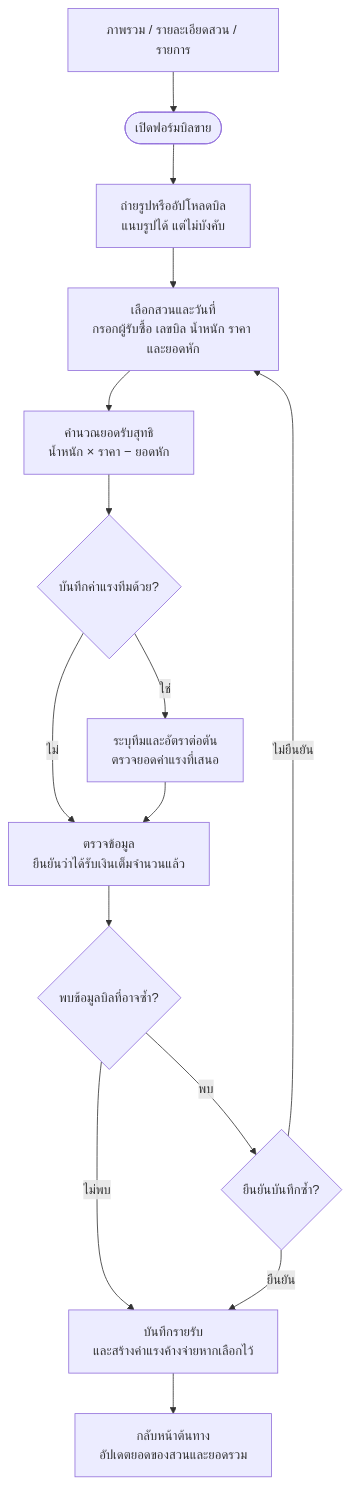
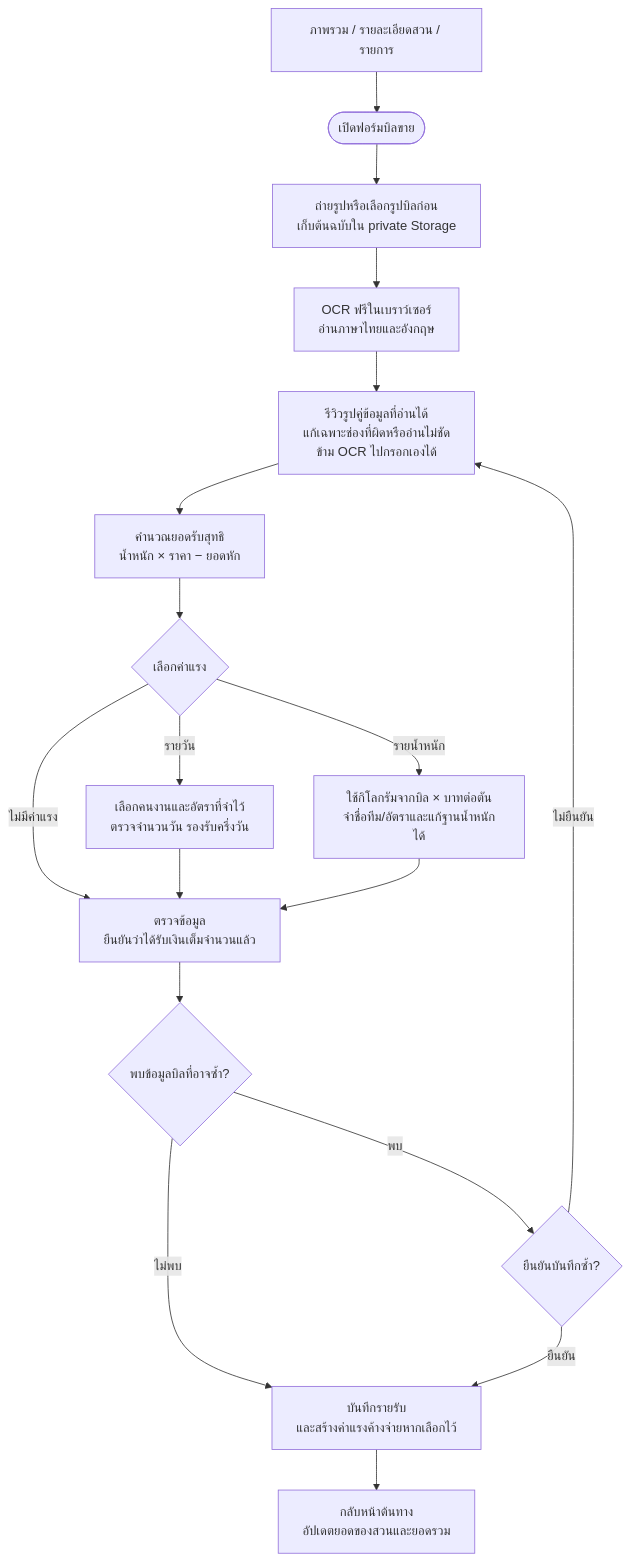
One commit to SitthiwatR/palm-ledger changed the fourth of 12 diagrams in user-flow.md. Above: the diagram before and after it, drawn with Mermaid. The commit also changed other lines of this file and 25 other files, not shown here.

Commit message:
feat: start sales with receipt OCR and calculate labor

````diff
--- a/user-flow.md
+++ b/user-flow.md
@@ -79,17 +79,20 @@
 ```mermaid
 flowchart TD
     Origin["ภาพรวม / รายละเอียดสวน / รายการ"] --> Sale(["เปิดฟอร์มบิลขาย"])
-    Sale --> Photo["ถ่ายรูปหรืออัปโหลดบิล<br/>แนบรูปได้ แต่ไม่บังคับ"]
-    Photo --> Fill["เลือกสวนและวันที่<br/>กรอกผู้รับซื้อ เลขบิล น้ำหนัก ราคา และยอดหัก"]
+    Sale --> Photo["ถ่ายรูปหรือเลือกรูปบิลก่อน<br/>เก็บต้นฉบับใน private Storage"]
+    Photo --> OCR["OCR ฟรีในเบราว์เซอร์<br/>อ่านภาษาไทยและอังกฤษ"]
+    OCR --> Fill["รีวิวรูปคู่ข้อมูลที่อ่านได้<br/>แก้เฉพาะช่องที่ผิดหรืออ่านไม่ชัด<br/>ข้าม OCR ไปกรอกเองได้"]
     Fill --> Calculate["คำนวณยอดรับสุทธิ<br/>น้ำหนัก × ราคา − ยอดหัก"]
-    Calculate --> Wage{"บันทึกค่าแรงทีมด้วย?"}
-    Wage -->|"ใช่"| Team["ระบุทีมและอัตราต่อตัน<br/>ตรวจยอดค่าแรงที่เสนอ"]
-    Wage -->|"ไม่"| Review
+    Calculate --> Wage{"เลือกค่าแรง"}
+    Wage -->|"รายน้ำหนัก"| Team["ใช้กิโลกรัมจากบิล × บาทต่อตัน<br/>จำชื่อทีม/อัตราและแก้ฐานน้ำหนักได้"]
+    Wage -->|"รายวัน"| Daily["เลือกคนงานและอัตราที่จำไว้<br/>ตรวจจำนวนวัน รองรับครึ่งวัน"]
+    Wage -->|"ไม่มีค่าแรง"| Review
+    Daily --> Review
     Team --> Review["ตรวจข้อมูล<br/>ยืนยันว่าได้รับเงินเต็มจำนวนแล้ว"]
     Review --> Duplicate{"พบข้อมูลบิลที่อาจซ้ำ?"}
     Duplicate -->|"ไม่พบ"| Save["บันทึกรายรับ<br/>และสร้างค่าแรงค้างจ่ายหากเลือกไว้"]
     Duplicate -->|"พบ"| Check{"ยืนยันบันทึกซ้ำ?"}
     Check -->|"ยืนยัน"| Save
     Check -->|"ไม่ยืนยัน"| Fill
     Save --> Back["กลับหน้าต้นทาง<br/>อัปเดตยอดของสวนและยอดรวม"]
 ```
````
